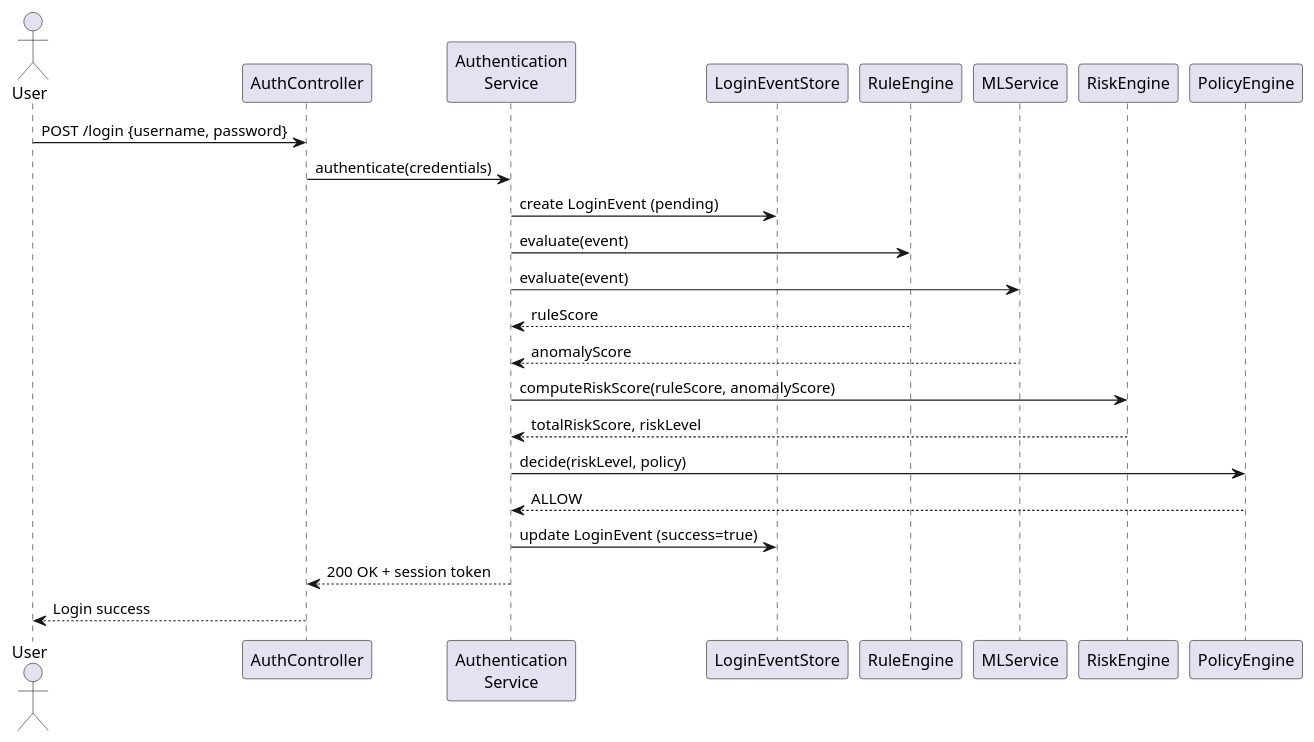
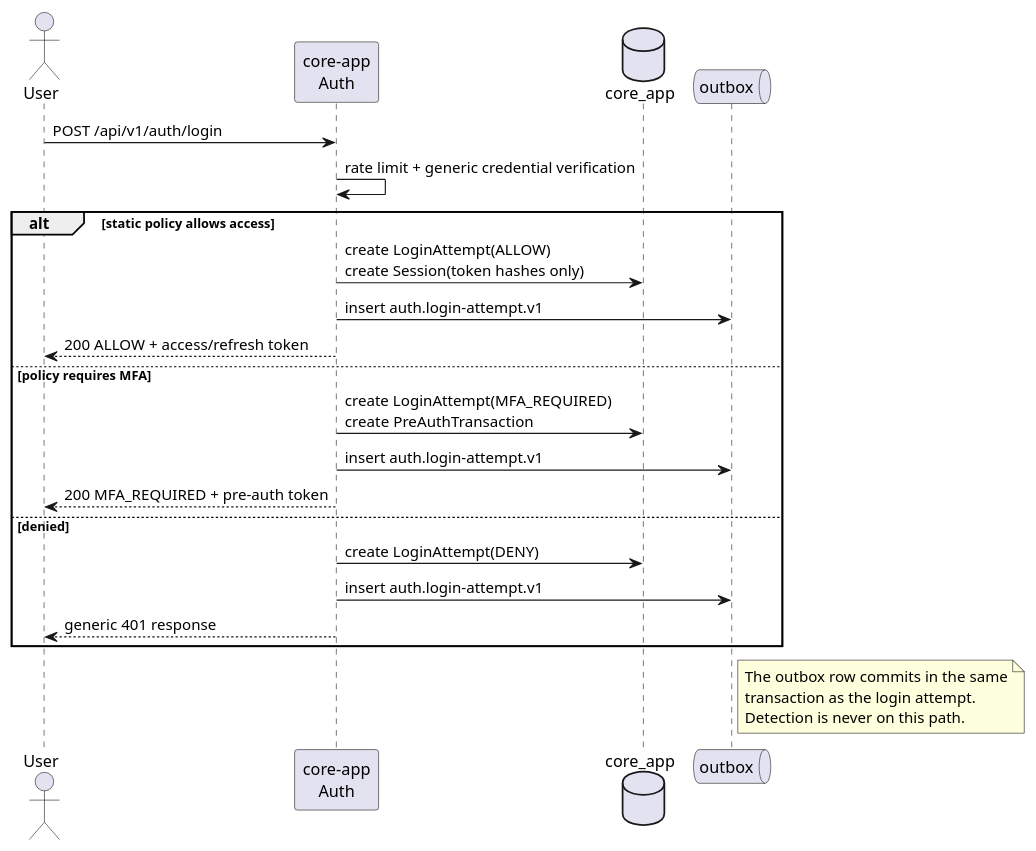
The diagram in docs/sequence-01-login.puml (Albert-Tuan/sentinel-auth), drawn with PlantUML before and after one commit. The commit also changed 88 other files, not shown here.

Commit message:
feat: align sentinel auth architecture and ML inference

```diff
--- a/docs/sequence-01-login.puml
+++ b/docs/sequence-01-login.puml
@@ -1,25 +1,27 @@
-@startuml st01-login-happy-path
+@startuml st01-synchronous-login-and-outbox
 actor User
-participant "AuthController" as AC
-participant "Authentication\nService" as AS
-participant "LoginEventStore" as ES
-participant "RuleEngine" as RE
-participant "MLService" as ML
-participant "RiskEngine" as RK
-participant "PolicyEngine" as PE
+participant "core-app\nAuth" as core
+database "core_app" as db
+queue "outbox" as outbox
 
-User -> AC : POST /login {username, password}
-AC -> AS : authenticate(credentials)
-AS -> ES : create LoginEvent (pending)
-AS -> RE : evaluate(event)
-AS -> ML : evaluate(event)
-RE --> AS : ruleScore
-ML --> AS : anomalyScore
-AS -> RK : computeRiskScore(ruleScore, anomalyScore)
-RK --> AS : totalRiskScore, riskLevel
-AS -> PE : decide(riskLevel, policy)
-PE --> AS : ALLOW
-AS -> ES : update LoginEvent (success=true)
-AS --> AC : 200 OK + session token
-AC --> User : Login success
+User -> core : POST /api/v1/auth/login
+core -> core : rate limit + generic credential verification
+alt static policy allows access
+  core -> db : create LoginAttempt(ALLOW)\ncreate Session(token hashes only)
+  core -> outbox : insert auth.login-attempt.v1
+  core --> User : 200 ALLOW + access/refresh token
+else policy requires MFA
+  core -> db : create LoginAttempt(MFA_REQUIRED)\ncreate PreAuthTransaction
+  core -> outbox : insert auth.login-attempt.v1
+  core --> User : 200 MFA_REQUIRED + pre-auth token
+else denied
+  core -> db : create LoginAttempt(DENY)
+  core -> outbox : insert auth.login-attempt.v1
+  core --> User : generic 401 response
+end
+note right of outbox
+The outbox row commits in the same
+transaction as the login attempt.
+Detection is never on this path.
+end note
 @enduml
```
